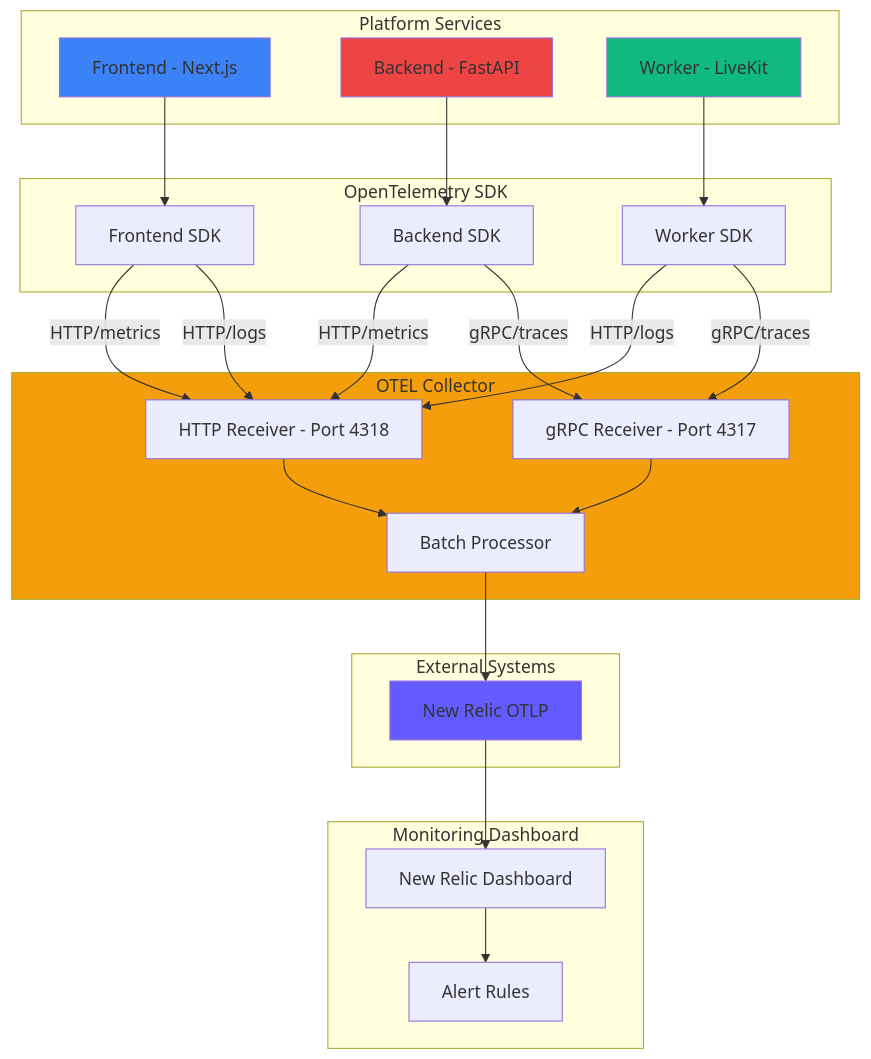
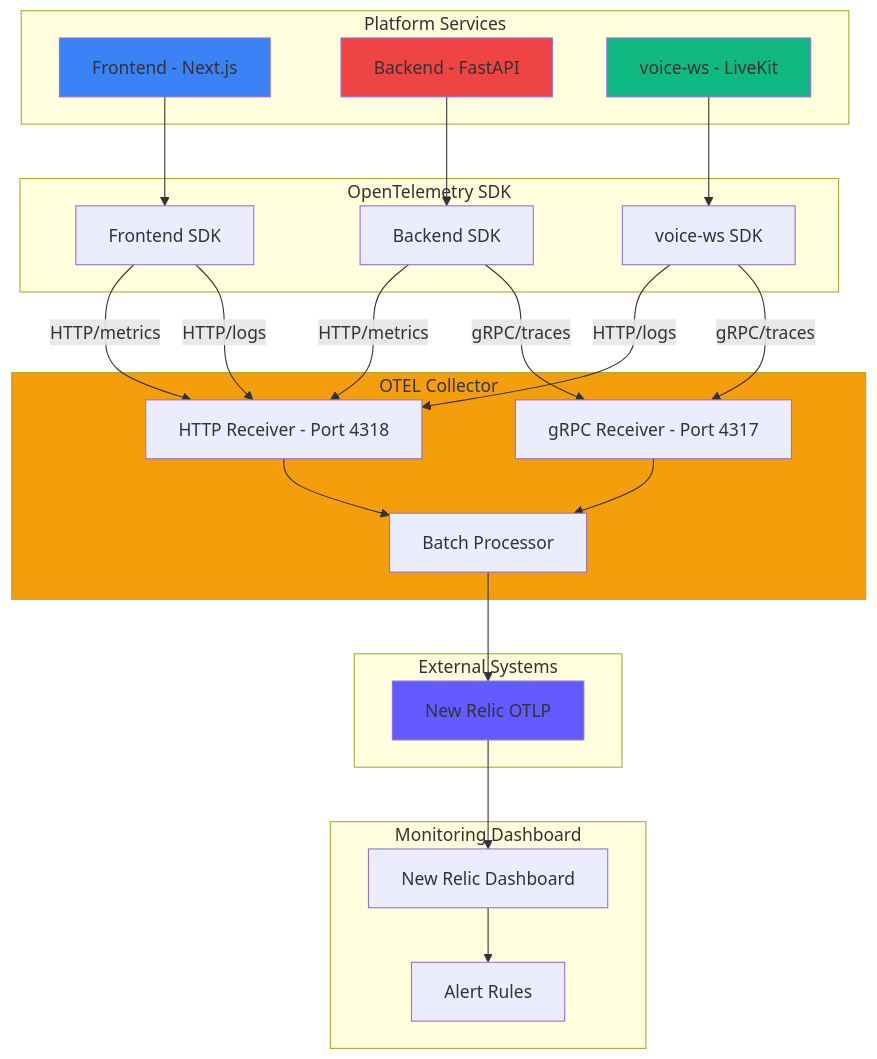
The first of 3 diagrams in docs/02_features/observability/overview.md (gauravdhiman/a1-voice-agent-platform), drawn with Mermaid before and after one commit. The commit also changed other lines of this file and 163 other files, not shown here.

Commit message:
feat(voice): remove LiveKit worker; Pipecat voice-ws is the only voice runtime

````diff
--- a/docs/02_features/observability/overview.md
+++ b/docs/02_features/observability/overview.md
@@ -20,53 +20,53 @@
 ```mermaid
 graph TB
     subgraph Services["Platform Services"]
         FE[Frontend - Next.js]
         BE[Backend - FastAPI]
-        WK[Worker - LiveKit]
+        WK[voice-ws - LiveKit]
     end
 
     subgraph Instrumentation["OpenTelemetry SDK"]
         OTFE[Frontend SDK]
         OTBE[Backend SDK]
-        OTWK[Worker SDK]
+        OTWK[voice-ws SDK]
     end
 
     subgraph Collector["OTEL Collector"]
         GRPC[gRPC Receiver - Port 4317]
         HTTP[HTTP Receiver - Port 4318]
         BATCH[Batch Processor]
     end
 
     subgraph Exporters["External Systems"]
         NR[New Relic OTLP]
     end
 
     subgraph Visualization["Monitoring Dashboard"]
         Dashboard[New Relic Dashboard]
         Alerts[Alert Rules]
     end
 
     FE --> OTFE
     BE --> OTBE
     WK --> OTWK
 
     OTFE -->|HTTP/logs|HTTP
     OTFE -->|HTTP/metrics|HTTP
     OTBE -->|gRPC/traces|GRPC
     OTBE -->|HTTP/metrics|HTTP
     OTWK -->|gRPC/traces|GRPC
     OTWK -->|HTTP/logs|HTTP
 
     GRPC --> BATCH
     HTTP --> BATCH
 
     BATCH --> NR
     NR --> Dashboard
     Dashboard --> Alerts
 
     style FE fill:#3b82f6
     style BE fill:#ef4444
     style WK fill:#10b981
     style Collector fill:#f59e0b
     style NR fill:#635bff
 ```
````
